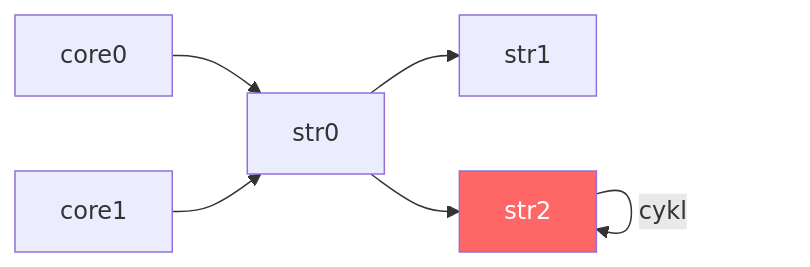
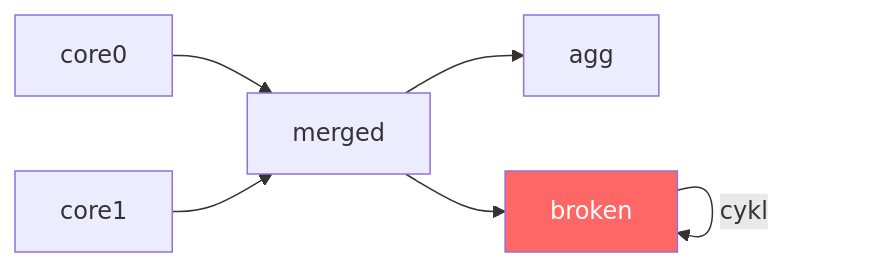
Before and after one commit to michalwidera/dokumentacja-rdb: the diagram in kompilacja-zapytan/wykrywanie-petli.md, drawn with Mermaid. The commit also changed other lines of this file and 8 other files, not shown here.

````diff
--- a/kompilacja-zapytan/wykrywanie-petli.md
+++ b/kompilacja-zapytan/wykrywanie-petli.md
@@ -23,9 +23,9 @@
 ```mermaid
 graph LR
-    core0 --> str0
-    core1 --> str0
-    str0 --> str1
-    str0 --> str2
-    str2 -->|cykl| str2
-    style str2 fill:#f66,color:#fff
+    core0 --> merged
+    core1 --> merged
+    merged --> agg
+    merged --> broken
+    broken -->|cykl| broken
+    style broken fill:#f66,color:#fff
 ```
````
